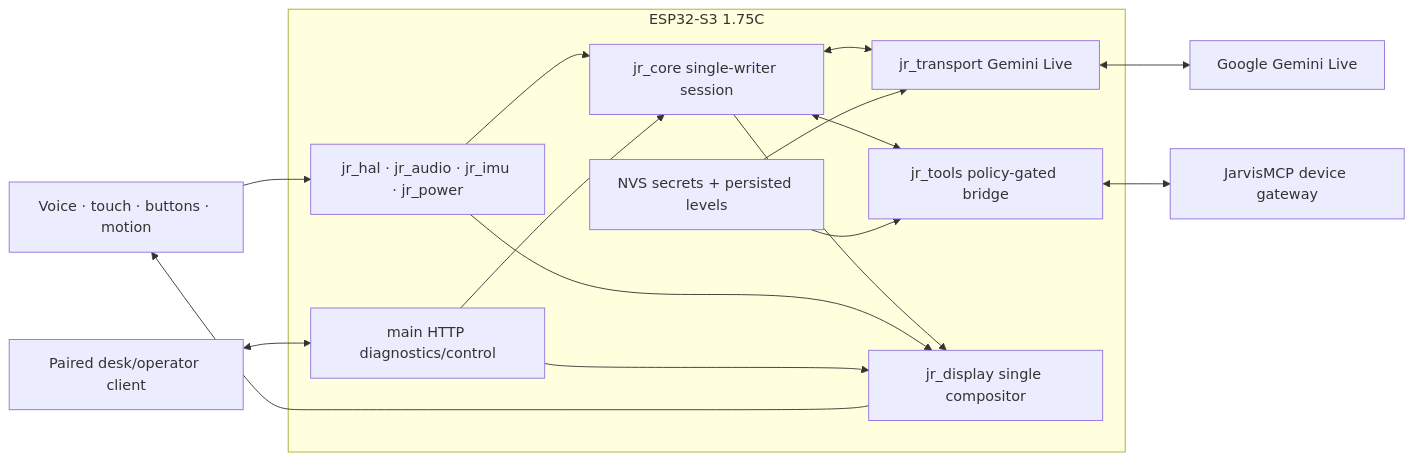
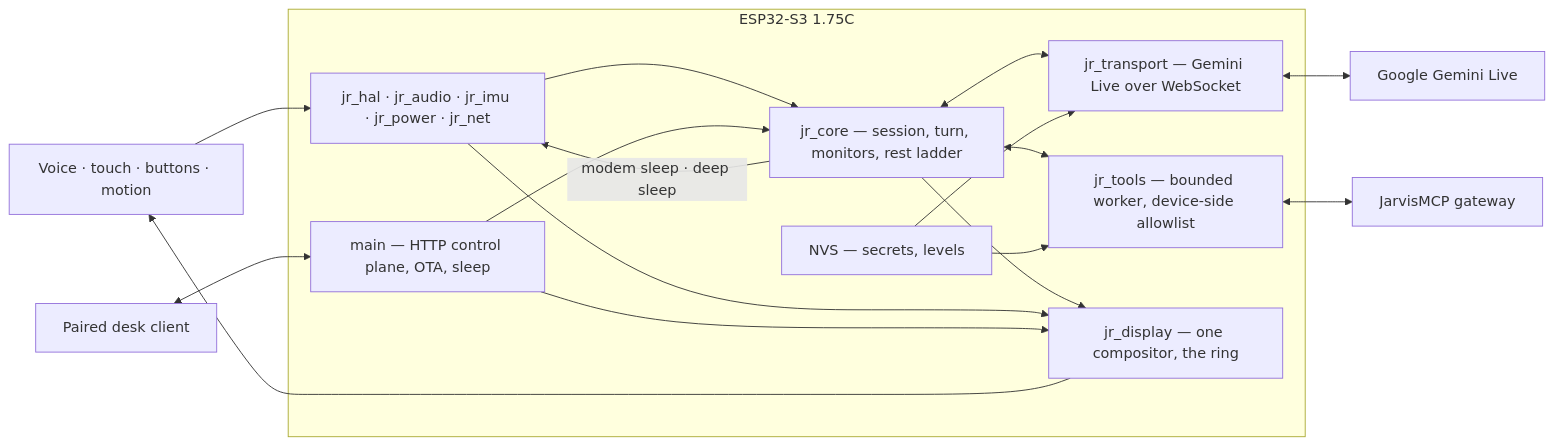
One commit to PascalAI2024/JarvisNano changed the diagram in README.md. Above: the diagram before and after it, drawn with Mermaid. The commit also changed other lines of this file and 17 other files, not shown here.

````diff
--- a/README.md
+++ b/README.md
@@ -90,29 +106,30 @@
 ```mermaid
 flowchart LR
     Human[Voice · touch · buttons · motion]
 
     subgraph Device[ESP32-S3 1.75C]
-        HAL[jr_hal · jr_audio · jr_imu · jr_power]
-        Core[jr_core single-writer session]
-        Voice[jr_transport Gemini Live]
-        Tools[jr_tools policy-gated bridge]
-        Glass[jr_display single compositor]
-        HTTP[main HTTP diagnostics/control]
-        NVS[NVS secrets + persisted levels]
+        HAL[jr_hal · jr_audio · jr_imu · jr_power · jr_net]
+        Core[jr_core — session, turn, monitors, rest ladder]
+        Voice[jr_transport — Gemini Live over WebSocket]
+        Tools[jr_tools — bounded worker, device-side allowlist]
+        Glass[jr_display — one compositor, the ring]
+        HTTP[main — HTTP control plane, OTA, sleep]
+        NVS[NVS — secrets, levels]
     end
 
     Gemini[Google Gemini Live]
-    MCP[JarvisMCP device gateway]
-    Operator[Paired desk/operator client]
+    MCP[JarvisMCP gateway]
+    Operator[Paired desk client]
 
     Human --> HAL --> Core
     Core <--> Voice <--> Gemini
     Core <--> Tools <--> MCP
     Core --> Glass --> Human
     HAL --> Glass
+    Core -->|modem sleep · deep sleep| HAL
     NVS --> Voice
     NVS --> Tools
     Operator <--> HTTP
     HTTP --> Core
     HTTP --> Glass
 ```
````
